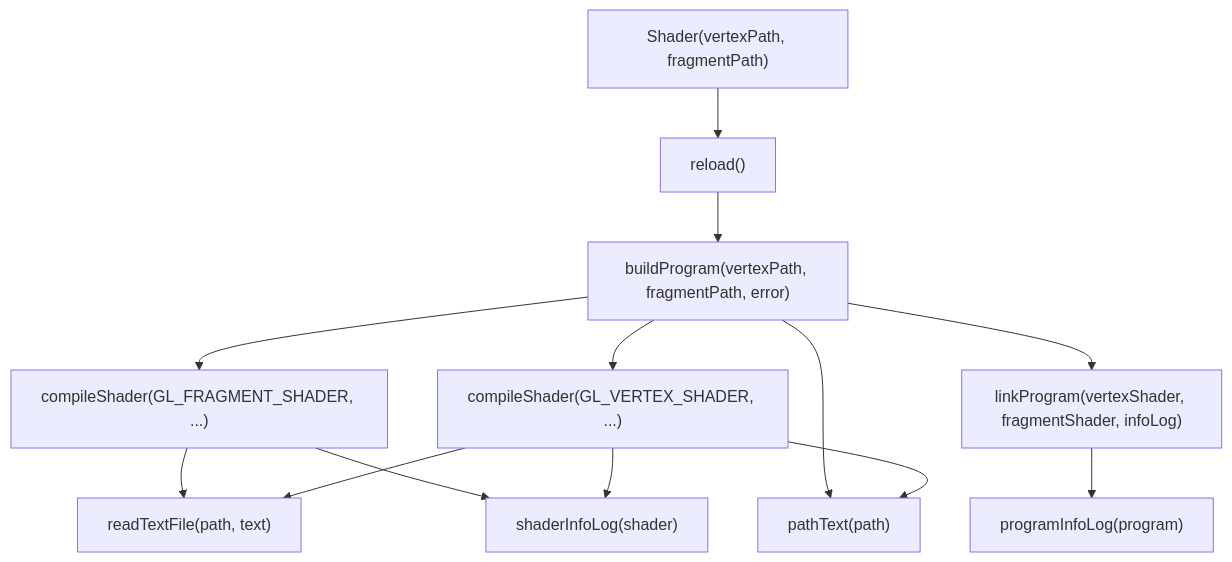
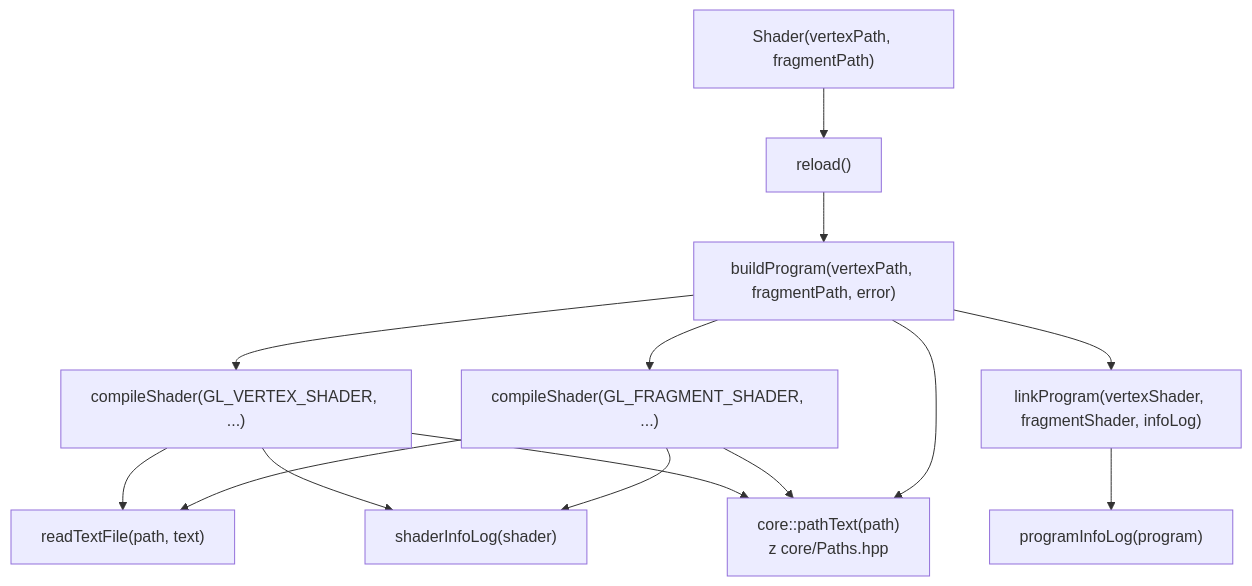
One commit to Shironex/night-maze changed the fourth of 6 diagrams in docs/modules/gfx/shaders.md. Above: the diagram before and after it, drawn with Mermaid. The commit also changed other lines of this file and 22 other files, not shown here.

````diff
--- a/docs/modules/gfx/shaders.md
+++ b/docs/modules/gfx/shaders.md
@@ -297,15 +298,16 @@
 ```mermaid
 flowchart TD
     Ctor["Shader(vertexPath, fragmentPath)"] --> Reload["reload()"]
     Reload --> Build["buildProgram(vertexPath, fragmentPath, error)"]
     Build --> CompV["compileShader(GL_VERTEX_SHADER, ...)"]
     Build --> CompF["compileShader(GL_FRAGMENT_SHADER, ...)"]
     Build --> Link["linkProgram(vertexShader, fragmentShader, infoLog)"]
     CompV --> Read["readTextFile(path, text)"]
     CompF --> Read
     CompV --> SLog["shaderInfoLog(shader)"]
     CompF --> SLog
     Link --> PLog["programInfoLog(program)"]
-    CompV --> PText["pathText(path)"]
+    CompV --> PText["core::pathText(path)<br/>z core/Paths.hpp"]
+    CompF --> PText
     Build --> PText
 ```
````
